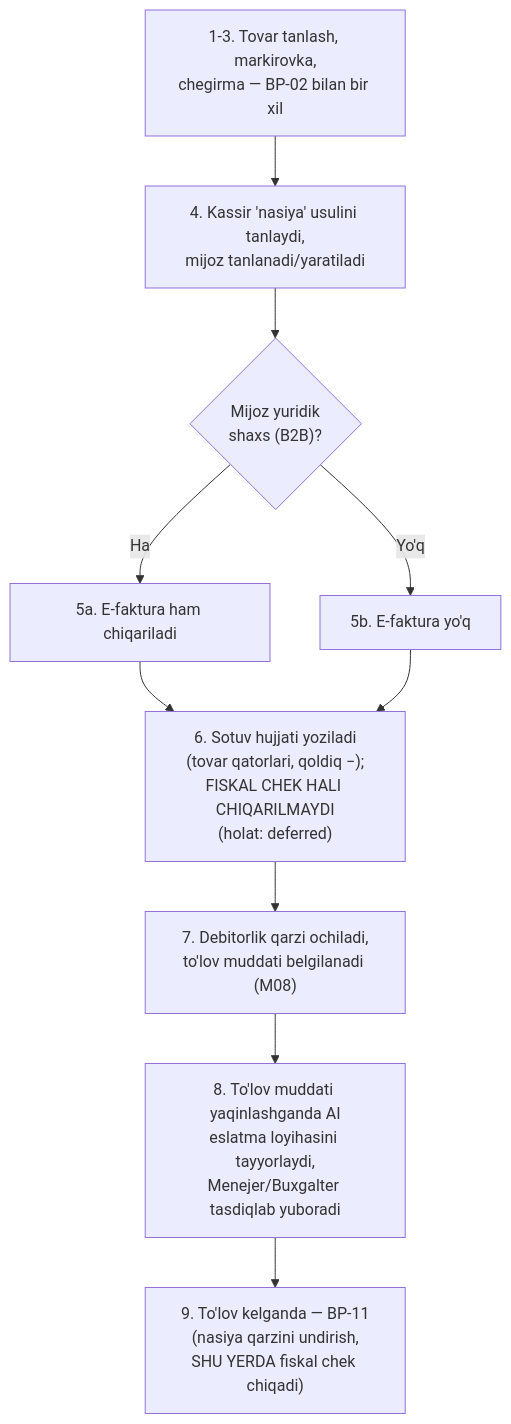
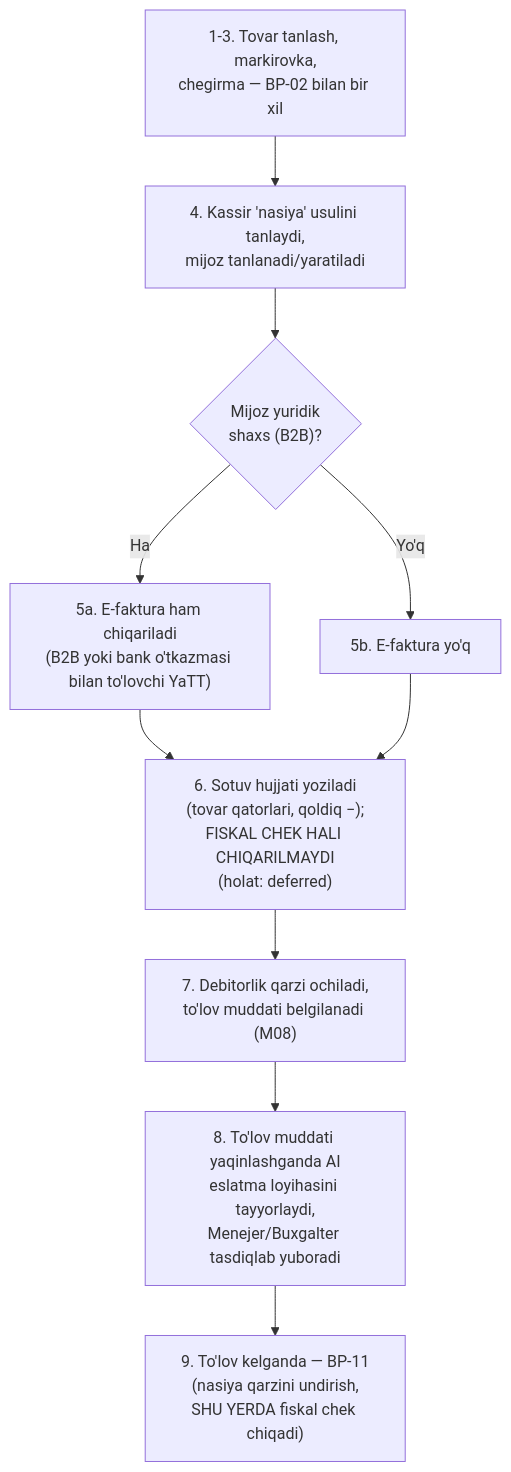
Before and after one commit to hasanoff507/erp: the third of 15 diagrams in spec/kod-uchun/04-biznes-jarayonlar.md, drawn with Mermaid. The commit also changed other lines of this file and 47 other files, not shown here.

````diff
--- a/spec/kod-uchun/04-biznes-jarayonlar.md
+++ b/spec/kod-uchun/04-biznes-jarayonlar.md
@@ -92,12 +95,12 @@
 ```mermaid
 flowchart TD
     A["1-3. Tovar tanlash, markirovka,\nchegirma — BP-02 bilan bir xil"] --> B["4. Kassir 'nasiya' usulini tanlaydi,\nmijoz tanlanadi/yaratiladi"]
     B --> C{"Mijoz yuridik\nshaxs (B2B)?"}
-    C -- "Ha" --> D["5a. E-faktura ham chiqariladi"]
+    C -- "Ha" --> D["5a. E-faktura ham chiqariladi\n(B2B yoki bank o'tkazmasi bilan to'lovchi YaTT)"]
     C -- "Yo'q" --> E["5b. E-faktura yo'q"]
     D --> F["6. Sotuv hujjati yoziladi\n(tovar qatorlari, qoldiq −);\nFISKAL CHEK HALI CHIQARILMAYDI\n(holat: deferred)"]
     E --> F
     F --> G["7. Debitorlik qarzi ochiladi,\nto'lov muddati belgilanadi (M08)"]
     G --> H["8. To'lov muddati yaqinlashganda AI\neslatma loyihasini tayyorlaydi,\nMenejer/Buxgalter tasdiqlab yuboradi"]
     H --> I["9. To'lov kelganda — BP-11\n(nasiya qarzini undirish,\nSHU YERDA fiskal chek chiqadi)"]
 ```
````
